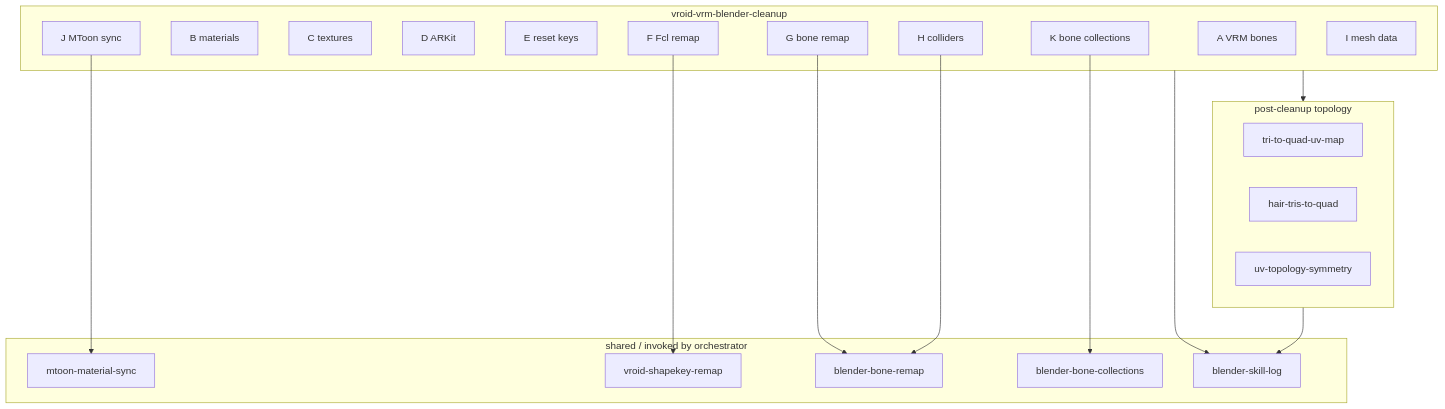
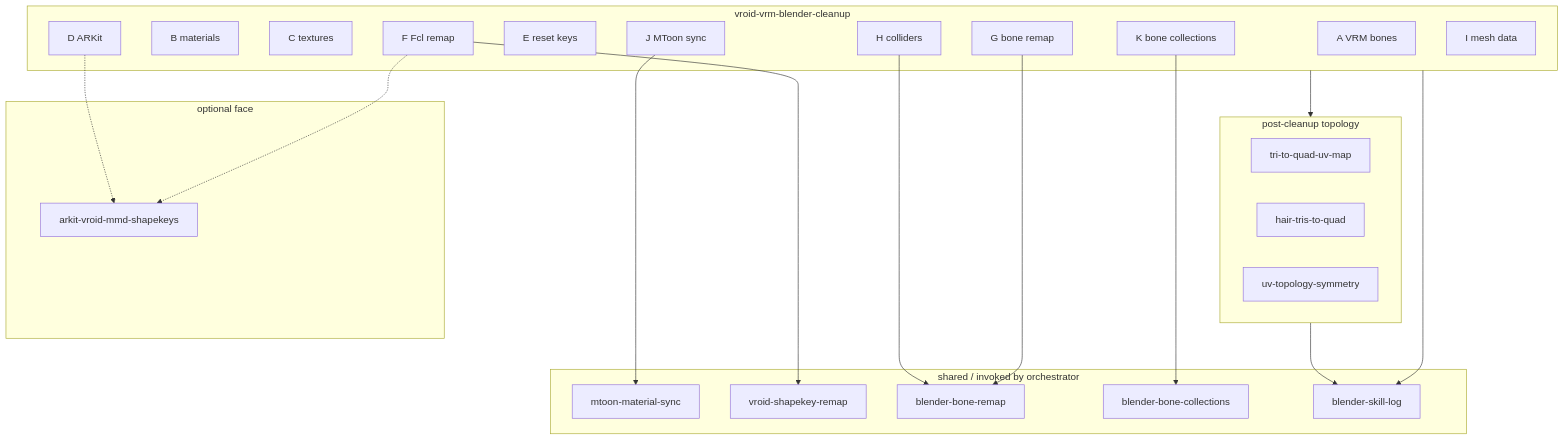
One commit to miramocha/blender-skills-and-rules changed the second of 8 diagrams in skills/README.md. Above: the diagram before and after it, drawn with Mermaid. The commit also changed other lines of this file and 12 other files, not shown here.

````diff
--- a/skills/README.md
+++ b/skills/README.md
@@ -41,39 +41,45 @@
 ```mermaid
 flowchart TB
   subgraph orchestrator [vroid-vrm-blender-cleanup]
     A[A VRM bones]
     B[B materials]
     C[C textures]
     D[D ARKit]
     E[E reset keys]
     J[J MToon sync]
     F[F Fcl remap]
     G[G bone remap]
     K[K bone collections]
     H[H colliders]
     I[I mesh data]
   end
 
   subgraph topology [post-cleanup topology]
     TQ[tri-to-quad-uv-map]
     HQ[hair-tris-to-quad]
     UV[uv-topology-symmetry]
   end
 
   subgraph libs [shared / invoked by orchestrator]
     MTOON[mtoon-material-sync]
     SHAPE[vroid-shapekey-remap]
     BONE[blender-bone-remap]
     BC[blender-bone-collections]
     LOG[blender-skill-log]
   end
 
+  subgraph optionalFace [optional face]
+    MMD[arkit-vroid-mmd-shapekeys]
+  end
+
   J --> MTOON
   F --> SHAPE
   G --> BONE
   H --> BONE
   K --> BC
+  F -.-> MMD
+  D -.-> MMD
   orchestrator --> LOG
   topology --> LOG
   orchestrator --> topology
 ```
````
